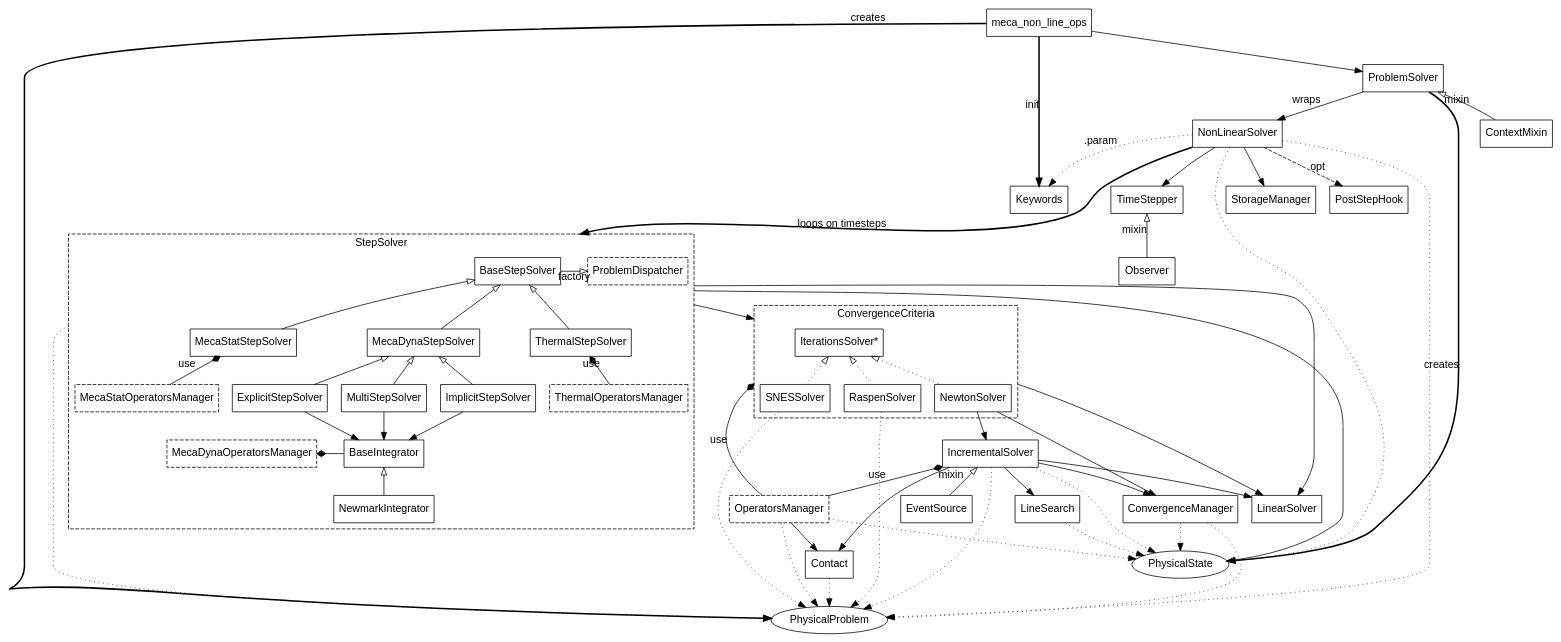
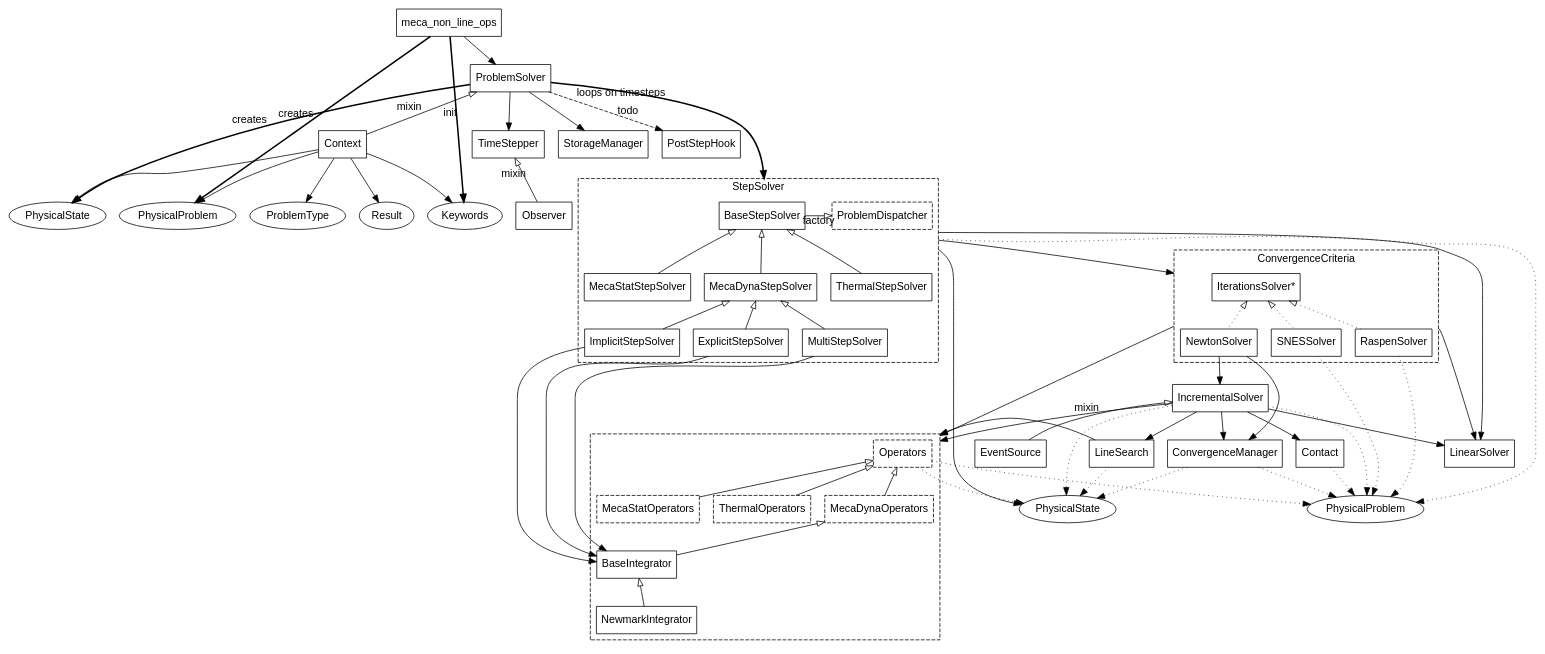
Before and after one commit to Krande/code-aster-copy: the diagram in doc/img/mnl.dot, drawn with Graphviz. The commit also changed 21 other files, not shown here.

Commit message:
[#34400] merge ProblemSolver with NonLinearSolver

```diff
--- a/doc/img/mnl.dot
+++ b/doc/img/mnl.dot
@@ -1,158 +1,160 @@
 digraph MNL {
     compound = "true";
     // rankdir = LR;
     labelloc = "t";
     fontname = "Helvetica,Arial,sans-serif";
     node [fontname = "Helvetica,Arial,sans-serif"; shape = "box";];
     edge [fontname = "Helvetica,Arial,sans-serif";];
     
     subgraph bases {
-        keywords [label = "Keywords";];
+        keywords [label = "Keywords";shape = "ellipse";];
         problem [label = "PhysicalProblem";shape = "ellipse";];
+        type [label = "ProblemType";shape = "ellipse";];
         state [label = "PhysicalState";shape = "ellipse";];
-        context [label = "ContextMixin";];
+        result [label = "Result";shape = "ellipse";];
+        context [label = "Context";];
+        
+        context -> problem;
+        context -> type;
+        context -> keywords;
+        context -> state;
+        context -> result;
     }
+    
+    problem_old [label = "PhysicalProblem";shape = "ellipse";];
+    state_old [label = "PhysicalState";shape = "ellipse";];
     
     mnl [label = "meca_non_line_ops";];
     pbsolv [label = "ProblemSolver";];
-    main [label = "NonLinearSolver";];
     timestepper [label = "TimeStepper";];
     storage [label = "StorageManager";];
     linsolv [label = "LinearSolver";];
     linesearch [label = "LineSearch";];
     conv_manager [label = "ConvergenceManager";];
     contact [label = "Contact";];
     hook [label = "PostStepHook";];
     incr_solv [label = "IncrementalSolver";];
     
     observ [label = "Observer";];
     event [label = "EventSource";];
-    // Notifier or Emitter
-    opers [label = OperatorsManager;style = "dashed";];
+    
+    subgraph cluster_operators {
+        opers [label = "Operators";style = "dashed";];
+        style = "dashed";
+        subgraph {
+            rank = "same";
+            statopers [label = "MecaStatOperators";style = "dashed";];
+            theropers [label = "ThermalOperators";style = "dashed";];
+            dynopers [label = "MecaDynaOperators";style = "dashed";];
+        }
+        integr [label = BaseIntegrator;];
+        newmark [label = NewmarkIntegrator;];
+        
+        // subclasses
+        opers -> statopers [dir = "back"; arrowtail = "empty";];
+        opers -> dynopers [dir = "back"; arrowtail = "empty";];
+        opers -> theropers [dir = "back"; arrowtail = "empty";];
+        
+        dynopers -> integr [dir = "back"; arrowtail = "empty";];
+        integr -> newmark [dir = "back"; arrowtail = "empty";];
+    }
     
     subgraph cluster_stepsolv {
         label = "StepSolver";
         style = "dashed";
         subgraph {
             rank = "same";
             stepsolv [label = "BaseStepSolver";];
             dispatch [label = "ProblemDispatcher";style = "dashed";];
             stepsolv -> dispatch [xlabel = "factory"; arrowhead = "empty";];
         }
         subgraph {
             rank = "same";
             mecastat [label = "MecaStatStepSolver";];
             mecadyn [label = "MecaDynaStepSolver";];
             ther [label = "ThermalStepSolver";];
         }
         // subclasses
         stepsolv -> mecastat [dir = "back"; arrowtail = "empty";];
         stepsolv -> mecadyn [dir = "back"; arrowtail = "empty";];
         stepsolv -> ther [dir = "back"; arrowtail = "empty";];
         
-        statopers [label = "MecaStatOperatorsManager";style = "dashed";];
-        theropers [label = "ThermalOperatorsManager";style = "dashed";];
-        dynopers [label = "MecaDynaOperatorsManager";style = "dashed";];
-        mecastat -> statopers [xlabel = "use"; dir = "back"; arrowtail = "diamond";];
-        ther -> theropers [xlabel = "use"; dir = "back"; arrowtail = "diamond";];
-        
         implicit [label = "ImplicitStepSolver";];
         explicit [label = "ExplicitStepSolver";];
         multi [label = "MultiStepSolver";];
-        
-        // mecadyn -> dynopers[dir="back", arrowtail="empty"]
-        // ther -> theropers[dir="back", arrowtail="empty"]
-        
-        integr [label = BaseIntegrator;];
-        newmark [label = NewmarkIntegrator;];
         
         // subclasses
         mecadyn -> implicit [dir = "back"; arrowtail = "empty";];
         mecadyn -> explicit [dir = "back"; arrowtail = "empty";];
         mecadyn -> multi [dir = "back"; arrowtail = "empty";];
         
         implicit -> integr;
         explicit -> integr;
         multi -> integr;
-        
-        // composition
-        subgraph {
-            rank = "same";
-            dynopers -> integr [dir = "back"; arrowtail = "diamond";];
-        }
-        integr -> newmark [dir = "back"; arrowtail = "empty";];
     }
     
     subgraph cluster_iter_solv {
         label = ConvergenceCriteria;
         style = "dashed";
         
         conv_criteria [label = "IterationsSolver*";];
         // [style = invis]
         newton [label = "NewtonSolver";];
         snes [label = "SNESSolver";];
         raspen [label = "RaspenSolver";];
         
         conv_criteria -> newton [dir = "back"; arrowtail = "empty"; style = "dotted";];
         conv_criteria -> snes [dir = "back"; arrowtail = "empty"; style = "dotted";];
         conv_criteria -> raspen [dir = "back"; arrowtail = "empty"; style = "dotted";];
     }
     
     mnl -> pbsolv;
     mnl -> keywords [xlabel = "init"; style = "bold";];
     mnl -> problem [xlabel = "creates"; style = "bold";];
     
-    pbsolv -> main [xlabel = "wraps";];
+    pbsolv -> context [xlabel = "mixin"; dir = "back"; arrowtail = "empty";];
     pbsolv -> state [xlabel = "creates"; style = "bold";];
+    pbsolv -> timestepper;
+    pbsolv -> storage;
+    pbsolv -> stepsolv [xlabel = "loops on timesteps"; lhead = cluster_stepsolv; style = "bold";];
+    pbsolv -> hook [label = "todo"; style = "dashed";];
     
-    main -> keywords [xlabel = ".param"; style = "dotted";];
-    main -> problem [style = "dotted";];
-    main -> state [style = "dotted";];
-    main -> timestepper;
-    main -> storage;
-    main -> stepsolv [xlabel = "loops on timesteps"; lhead = cluster_stepsolv; style = "bold";];
-    main -> hook [label = opt; style = "dashed";];
+    stepsolv -> problem_old [style = "dotted"; ltail = cluster_stepsolv;];
     
-    stepsolv -> problem [style = "dotted"; ltail = cluster_stepsolv;];
-    
-    stepsolv -> state [ltail = cluster_stepsolv;];
+    stepsolv -> state_old [ltail = cluster_stepsolv;];
     stepsolv -> linsolv [ltail = cluster_stepsolv;];
     stepsolv -> conv_criteria [ltail = cluster_stepsolv; lhead = cluster_iter_solv;];
     
     conv_criteria -> linsolv [ltail = cluster_iter_solv;];
-    conv_criteria -> opers [xlabel = "use"; dir = "back"; arrowtail = "diamond"; ltail = cluster_iter_solv;];
+    conv_criteria -> opers [ltail = cluster_iter_solv; lhead = cluster_operators;];
     snes -> incr_solv [style = "invis";];
     
     newton -> incr_solv;
     newton -> conv_manager;
+    incr_solv -> linesearch;
     incr_solv -> contact;
-    incr_solv -> opers [xlabel = "use"; dir = "back"; arrowtail = "diamond";];
+    incr_solv -> opers [lhead = cluster_operators;];
     incr_solv -> linsolv;
-    incr_solv -> linesearch;
     incr_solv -> conv_manager;
     incr_solv -> event [xlabel = "mixin"; dir = "back"; arrowtail = "empty";];
-    incr_solv -> problem [style = "dotted";];
-    incr_solv -> state [style = "dotted";];
-    // integr -> state[style="dotted"];
-    linesearch -> state [style = "dotted";];
+    incr_solv -> problem_old [style = "dotted";];
+    incr_solv -> state_old [style = "dotted";];
+    // integr -> state_old[style="dotted"];
+    linesearch -> state_old [style = "dotted";];
+    linesearch -> opers [lhead = cluster_operators;];
     
-    opers -> contact;
-    // opers -> statopers [dir = "back"; arrowtail = "empty";];
-    // opers -> dynopers [dir = "back"; arrowtail = "empty";];
-    // opers -> theropers [dir = "back"; arrowtail = "empty";];
-    opers -> problem [style = "dotted";];
-    opers -> state [style = "dotted";];
+    // opers -> contact (to be passed by incr_solv)
+    opers -> problem_old [style = "dotted";];
+    opers -> state_old [style = "dotted";];
     
-    contact -> problem [style = "dotted";];
-    conv_manager -> problem [style = "dotted";];
-    conv_manager -> state [style = "dotted";];
-    snes -> problem [style = "dotted";];
-    raspen -> problem [style = "dotted";];
+    contact -> problem_old [style = "dotted";];
+    conv_manager -> problem_old [style = "dotted";];
+    conv_manager -> state_old [style = "dotted";];
+    snes -> problem_old [style = "dotted";];
+    raspen -> problem_old [style = "dotted";];
     
     timestepper -> observ [xlabel = "mixin"; dir = "back"; arrowtail = "empty";];
     
-    // new
-    pbsolv -> context [xlabel = "mixin"; dir = "back"; arrowtail = "empty";];
     // placement
     timestepper -> stepsolv [style = "invis";];
 }
```
